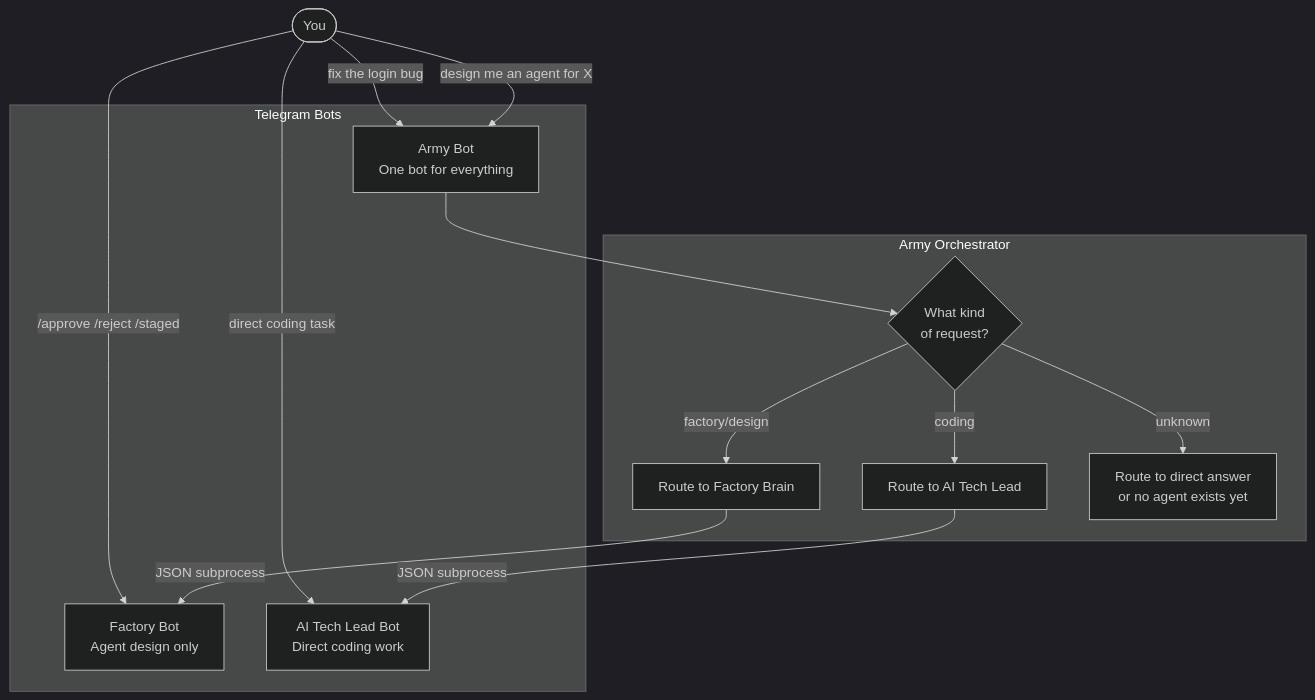
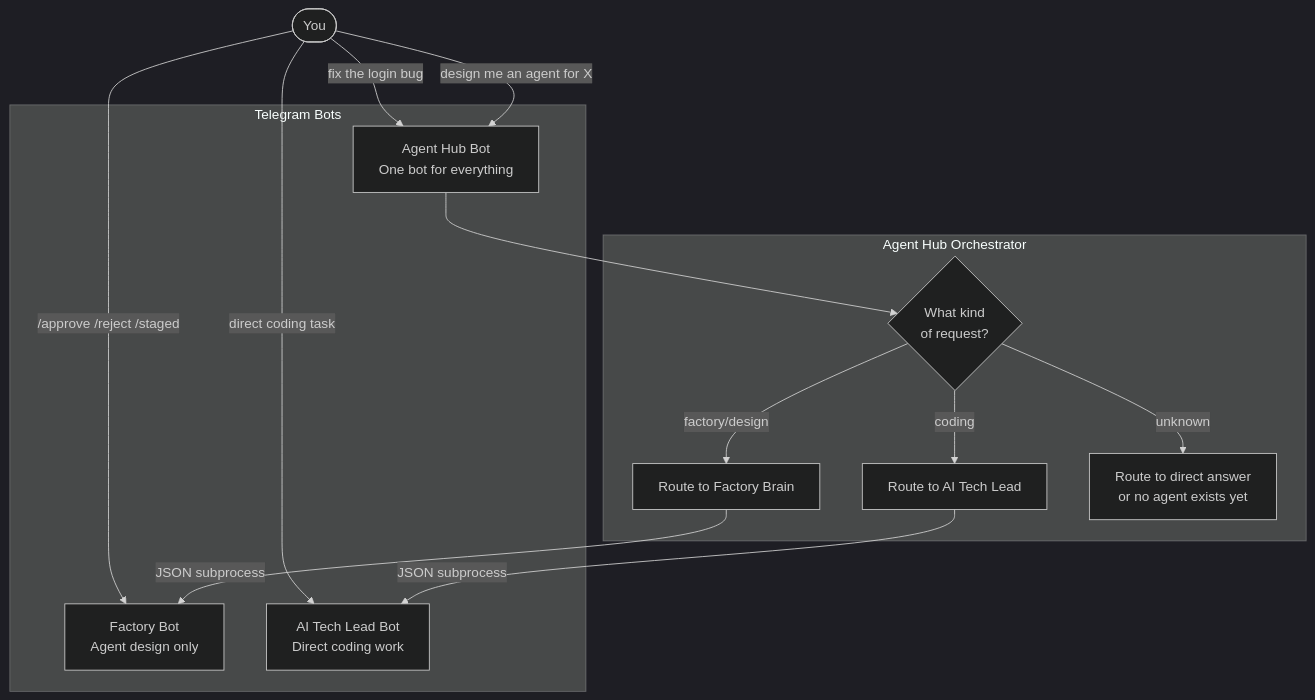
Before and after one commit to robvoto/agent-factory: the diagram in docs/diagrams/03-TELEGRAM-FLOWS.mmd, drawn with Mermaid (dark theme). The commit also changed 26 other files, not shown here.

First line of the commit message:
docs: replace legacy "army" naming with Agent Hub

```diff
--- a/docs/diagrams/03-TELEGRAM-FLOWS.mmd
+++ b/docs/diagrams/03-TELEGRAM-FLOWS.mmd
@@ -1,28 +1,28 @@
 flowchart TD
     You([You])
 
     subgraph Bots["Telegram Bots"]
-        ArmyBot["Army Bot<br/>One bot for everything"]
+        HubBot["Agent Hub Bot<br/>One bot for everything"]
         FactoryBot["Factory Bot<br/>Agent design only"]
         ATLBot["AI Tech Lead Bot<br/>Direct coding work"]
     end
 
-    subgraph Army["Army Orchestrator"]
+    subgraph Hub["Agent Hub Orchestrator"]
         IntentRouter{What kind<br/>of request?}
         CodingRoute[Route to AI Tech Lead]
         FactoryRoute[Route to Factory Brain]
         UnknownRoute[Route to direct answer<br/>or no agent exists yet]
     end
 
-    You -->|"fix the login bug"| ArmyBot
-    You -->|"design me an agent for X"| ArmyBot
+    You -->|"fix the login bug"| HubBot
+    You -->|"design me an agent for X"| HubBot
     You -->|/approve /reject /staged| FactoryBot
     You -->|direct coding task| ATLBot
 
-    ArmyBot --> IntentRouter
+    HubBot --> IntentRouter
     IntentRouter -->|coding| CodingRoute
     IntentRouter -->|factory/design| FactoryRoute
     IntentRouter -->|unknown| UnknownRoute
 
     CodingRoute -->|JSON subprocess| ATLBot
     FactoryRoute -->|JSON subprocess| FactoryBot
```
